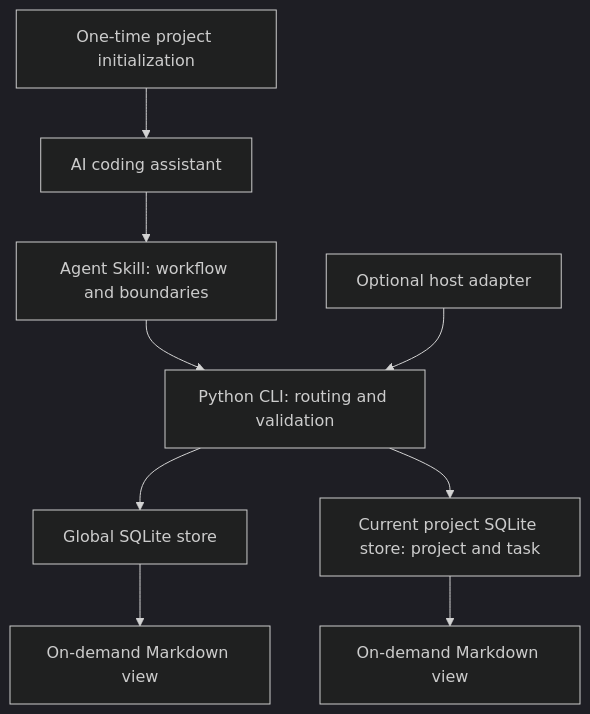
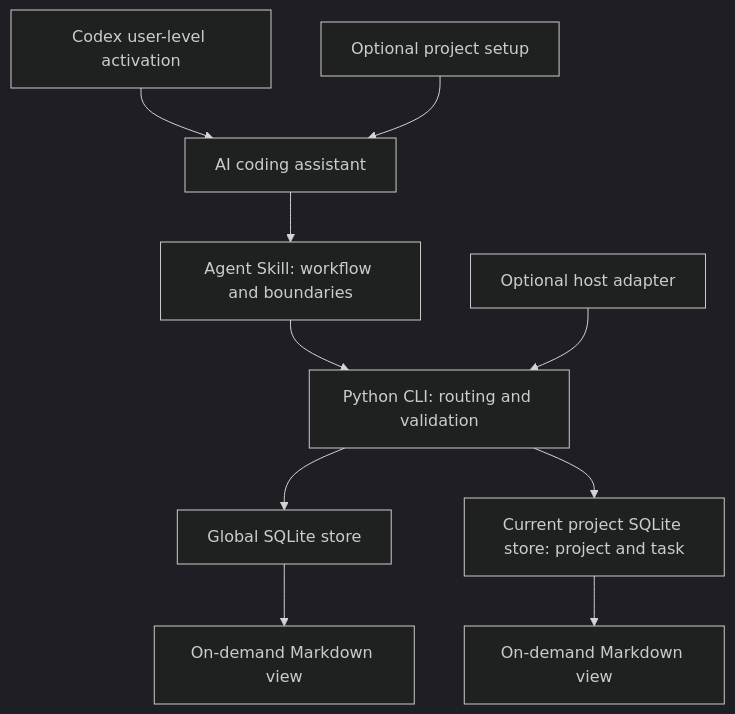
Before and after one commit to chrisstarr7/dev-memory: the diagram in README.md, drawn with Mermaid (dark theme). The commit also changed other lines of this file and 2 other files, not shown here.

````diff
--- a/README.md
+++ b/README.md
@@ -117,11 +131,12 @@
 ```mermaid
 flowchart TD
-    I[One-time project initialization] --> A[AI coding assistant]
+    I[Codex user-level activation] --> A[AI coding assistant]
+    J[Optional project setup] --> A
     A --> S[Agent Skill: workflow and boundaries]
     S --> C[Python CLI: routing and validation]
     H[Optional host adapter] --> C
     C --> G[Global SQLite store]
     C --> P[Current project SQLite store: project and task]
     G --> GV[On-demand Markdown view]
     P --> PV[On-demand Markdown view]
 ```
````
